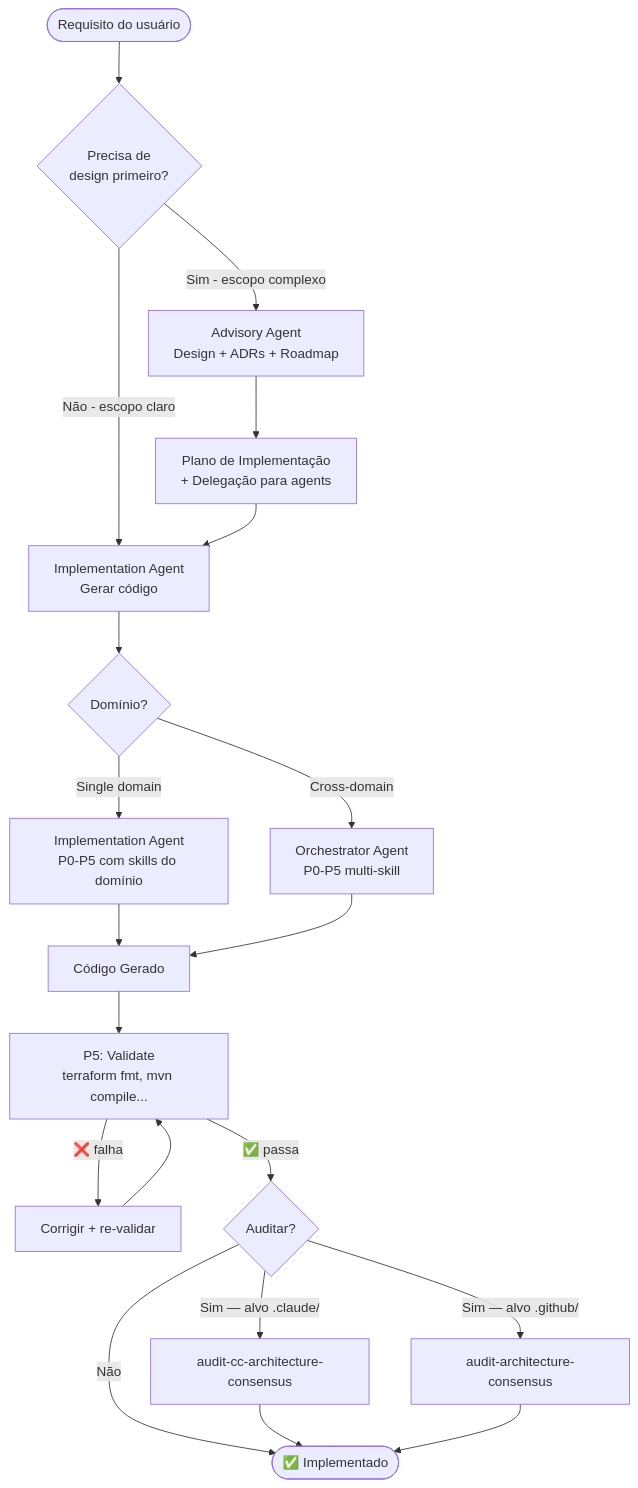
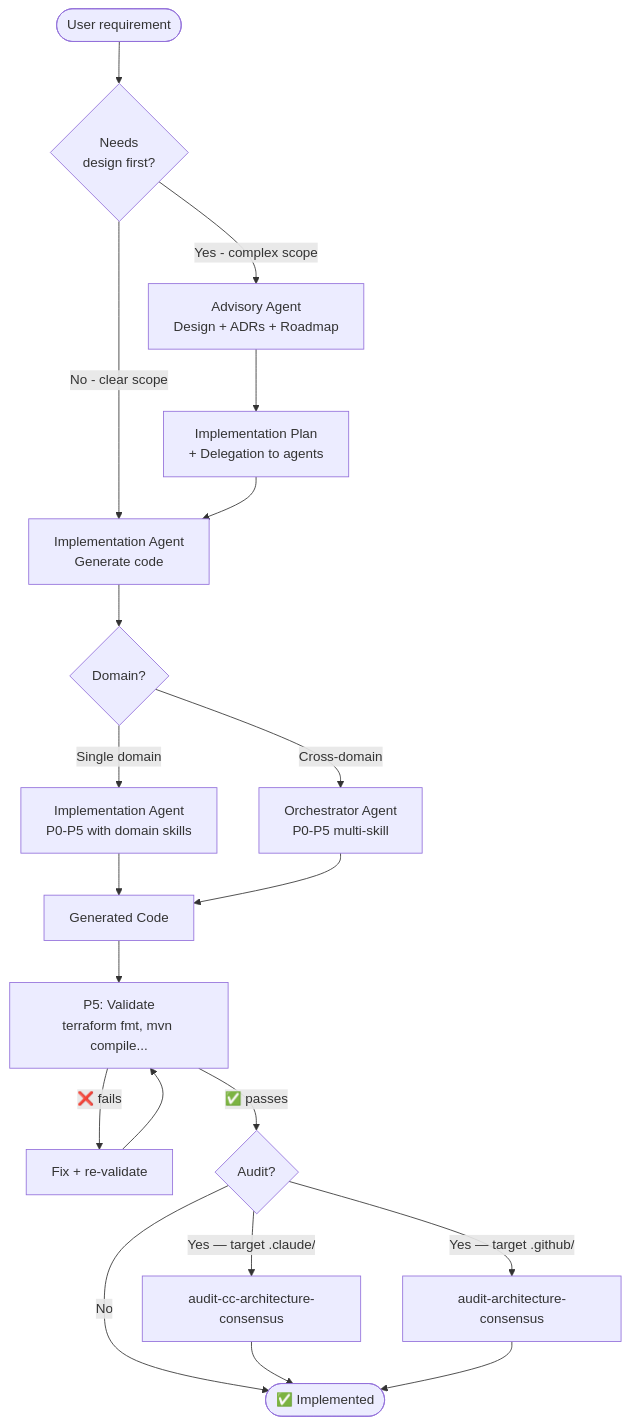
Before and after one commit to rodrigo-mendes/agents-factory: the first of 5 diagrams in docs/fluxos/fluxo-implementacao.md, drawn with Mermaid. The commit also changed other lines of this file and 70 other files, not shown here.

````diff
--- a/docs/fluxos/fluxo-implementacao.md
+++ b/docs/fluxos/fluxo-implementacao.md
@@ -9,32 +9,32 @@
 ```mermaid
 flowchart TD
-    START([Requisito do usuário]) --> TYPE{Precisa de<br/>design primeiro?}
+    START([User requirement]) --> TYPE{Needs<br/>design first?}
     
-    TYPE -->|Sim - escopo complexo| ADV[Advisory Agent<br/>Design + ADRs + Roadmap]
-    TYPE -->|Não - escopo claro| IMPL[Implementation Agent<br/>Gerar código]
+    TYPE -->|Yes - complex scope| ADV[Advisory Agent<br/>Design + ADRs + Roadmap]
+    TYPE -->|No - clear scope| IMPL[Implementation Agent<br/>Generate code]
     
-    ADV --> PLAN[Plano de Implementação<br/>+ Delegação para agents]
+    ADV --> PLAN[Implementation Plan<br/>+ Delegation to agents]
     PLAN --> IMPL
     
-    IMPL --> DOMAIN{Domínio?}
+    IMPL --> DOMAIN{Domain?}
     
-    DOMAIN -->|Single domain| SINGLE[Implementation Agent<br/>P0-P5 com skills do domínio]
+    DOMAIN -->|Single domain| SINGLE[Implementation Agent<br/>P0-P5 with domain skills]
     DOMAIN -->|Cross-domain| ORCH[Orchestrator Agent<br/>P0-P5 multi-skill]
     
-    SINGLE --> CODE[Código Gerado]
+    SINGLE --> CODE[Generated Code]
     ORCH --> CODE
     
     CODE --> VALID[P5: Validate<br/>terraform fmt, mvn compile...]
     
-    VALID -->|❌ falha| FIX[Corrigir + re-validar]
+    VALID -->|❌ fails| FIX[Fix + re-validate]
     FIX --> VALID
     
-    VALID -->|✅ passa| AUDIT{Auditar?}
+    VALID -->|✅ passes| AUDIT{Audit?}
     
-    AUDIT -->|Sim — alvo .claude/| ARC[audit-cc-architecture-consensus]
-    AUDIT -->|Sim — alvo .github/| ARCP[audit-architecture-consensus]
-    AUDIT -->|Não| DONE([✅ Implementado])
+    AUDIT -->|Yes — target .claude/| ARC[audit-cc-architecture-consensus]
+    AUDIT -->|Yes — target .github/| ARCP[audit-architecture-consensus]
+    AUDIT -->|No| DONE([✅ Implemented])
     
     ARC --> DONE
     ARCP --> DONE
 ```
````
